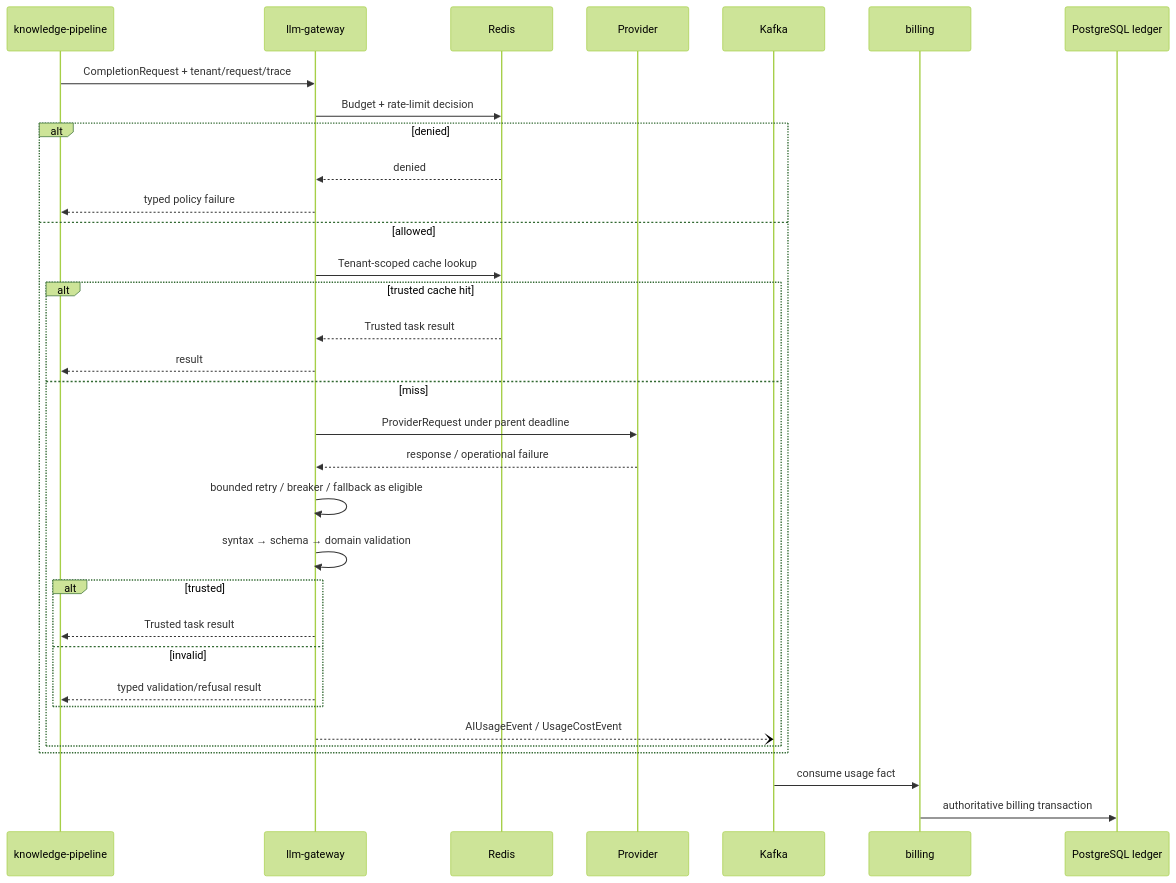
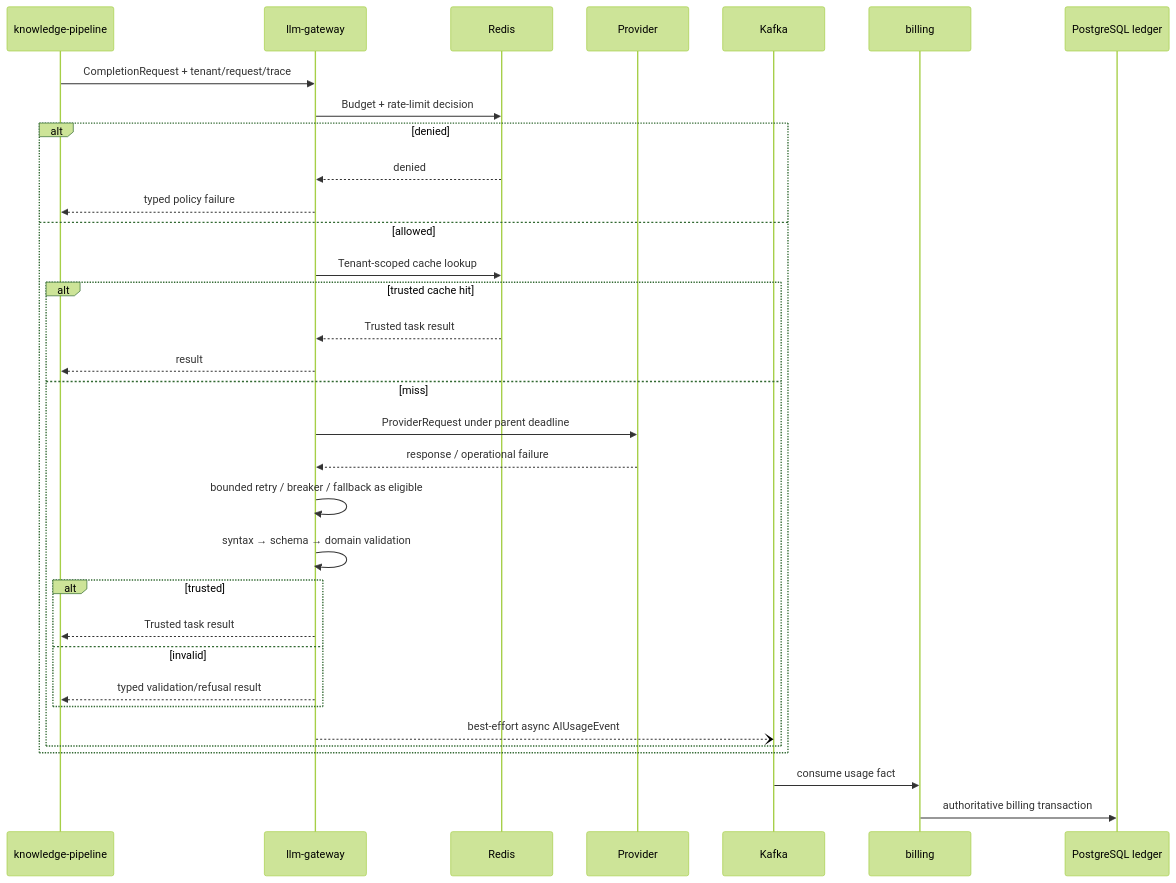
One commit to Tanmoy095/Logiflow-platform changed the tenth of 17 diagrams in services/llm-gateway/LLM_Gateway_SystemDesign.md. Above: the diagram before and after it, drawn with Mermaid (forest theme). The commit also changed other lines of this file and 7 other files, not shown here.

````diff
--- a/services/llm-gateway/LLM_Gateway_SystemDesign.md
+++ b/services/llm-gateway/LLM_Gateway_SystemDesign.md
@@ -749,36 +819,36 @@
 ```mermaid
 sequenceDiagram
     participant W as knowledge-pipeline
     participant G as llm-gateway
     participant R as Redis
     participant P as Provider
     participant K as Kafka
     participant B as billing
     participant DB as PostgreSQL ledger
 
     W->>G: CompletionRequest + tenant/request/trace
     G->>R: Budget + rate-limit decision
     alt denied
         R-->>G: denied
         G-->>W: typed policy failure
     else allowed
         G->>R: Tenant-scoped cache lookup
         alt trusted cache hit
             R-->>G: Trusted task result
             G-->>W: result
         else miss
             G->>P: ProviderRequest under parent deadline
             P-->>G: response / operational failure
             G->>G: bounded retry / breaker / fallback as eligible
             G->>G: syntax → schema → domain validation
             alt trusted
                 G-->>W: Trusted task result
             else invalid
                 G-->>W: typed validation/refusal result
             end
-            G--)K: AIUsageEvent / UsageCostEvent
+            G--)K: best-effort async AIUsageEvent
         end
     end
     K->>B: consume usage fact
     B->>DB: authoritative billing transaction
 ```
````
